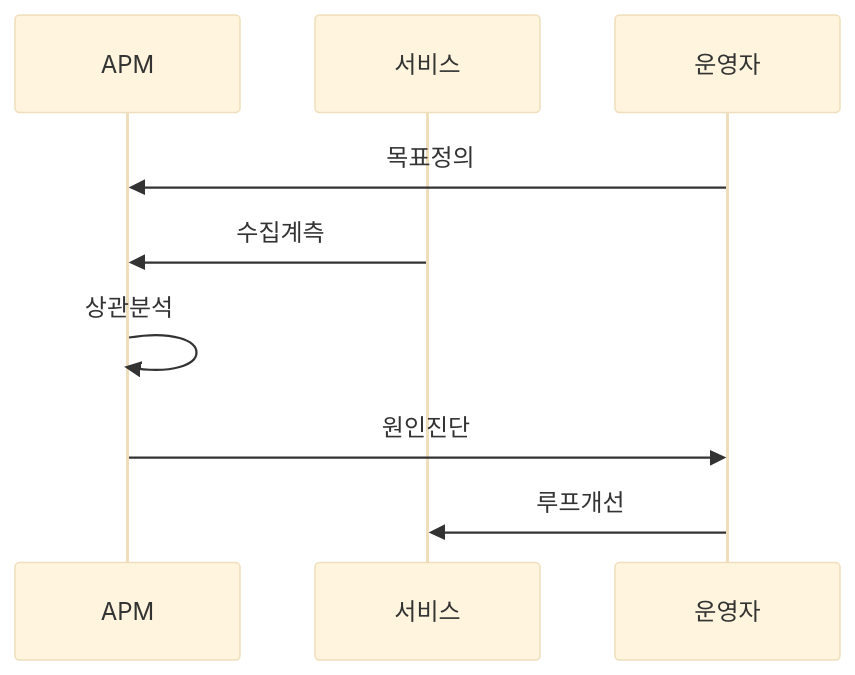
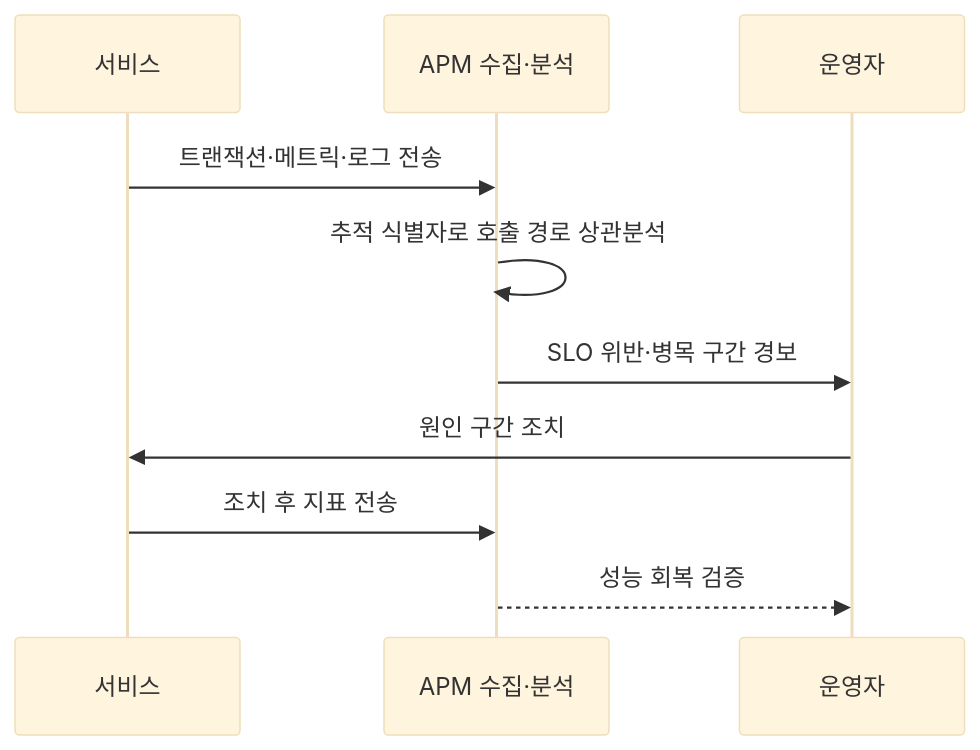
One commit to agnusdei1207/knowledge-base changed the second of 2 diagrams in src/content/docs/notes/03-software/223_application_performance_management.md. Above: the diagram before and after it, drawn with Mermaid (base theme). The commit also changed other lines of this file and 10 other files, not shown here.

````diff
--- a/src/content/docs/notes/03-software/223_application_performance_management.md
+++ b/src/content/docs/notes/03-software/223_application_performance_management.md
@@ -79,11 +79,12 @@
 ```mermaid
 sequenceDiagram
-    participant A as APM
     participant S as 서비스
+    participant A as APM 수집·분석
     participant O as 운영자
-    O->>A: 목표정의
-    S->>A: 수집계측
-    A->>A: 상관분석
-    A->>O: 원인진단
-    O->>S: 루프개선
+    S->>A: 트랜잭션·메트릭·로그 전송
+    A->>A: 추적 식별자로 호출 경로 상관분석
+    A->>O: SLO 위반·병목 구간 경보
+    O->>S: 원인 구간 조치
+    S->>A: 조치 후 지표 전송
+    A-->>O: 성능 회복 검증
 ```
````
